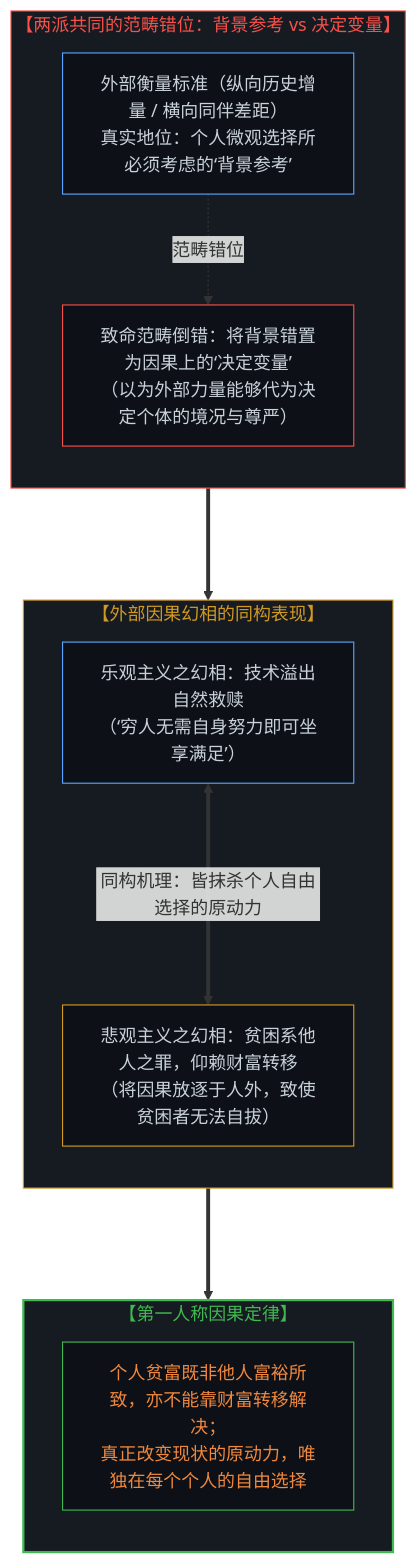
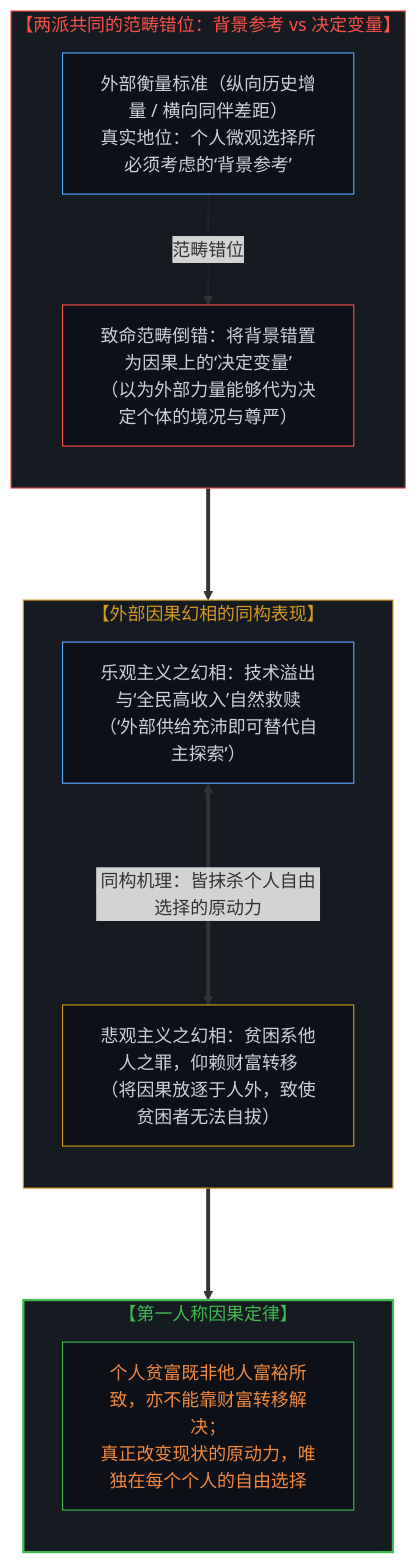
One commit to powerpig99/not-a-toe changed the third of 8 diagrams in content/posts/the-balcony-disciplinary-overstep-and-the-unproxyable-act.md. Above: the diagram before and after it, drawn with Mermaid. The commit also changed other lines of this file and 3 other files, not shown here.

````diff
--- a/content/posts/the-balcony-disciplinary-overstep-and-the-unproxyable-act.md
+++ b/content/posts/the-balcony-disciplinary-overstep-and-the-unproxyable-act.md
@@ -113,33 +117,33 @@
 ```mermaid
 graph TD
     subgraph Shared_Error["【两派共同的范畴错位：背景参考 vs 决定变量】"]
         direction TB
         E1["外部衡量标准（纵向历史增量 / 横向同伴差距）<br/>真实地位：个人微观选择所必须考虑的‘背景参考’"]
         E2["致命范畴倒错：将背景错置为因果上的‘决定变量’<br/>（以为外部力量能够代为决定个体的境况与尊严）"]
         E1 -.->|"范畴错位"| E2
     end
 
     subgraph Two_Illusions["【外部因果幻相的同构表现】"]
         direction TB
-        I_Opt["乐观主义之幻相：技术溢出自然救赎<br/>（‘穷人无需自身努力即可坐享满足’）"]
+        I_Opt["乐观主义之幻相：技术溢出与‘全民高收入’自然救赎<br/>（‘外部供给充沛即可替代自主探索’）"]
         I_Pess["悲观主义之幻相：贫困系他人之罪，仰赖财富转移<br/>（将因果放逐于人外，致使贫困者无法自拔）"]
         I_Opt <===>|"同构机理：皆抹杀个人自由选择的原动力"| I_Pess
     end
 
     subgraph Sovereign_Truth["【第一人称因果定律】"]
         direction TB
         ST["个人贫富既非他人富裕所致，亦不能靠财富转移解决；<br/>真正改变现状的原动力，唯独在每个个人的自由选择"]
     end
 
     Shared_Error ===> Two_Illusions
     Two_Illusions ===> Sovereign_Truth
 
     style Shared_Error fill:#161b22,stroke:#f85149,stroke-width:1px,color:#f85149
     style Two_Illusions fill:#161b22,stroke:#d29922,stroke-width:1px,color:#d29922
     style Sovereign_Truth fill:#161b22,stroke:#3fb950,stroke-width:2px,color:#3fb950
     style E1 fill:#0d1117,stroke:#58a6ff,stroke-width:1px,color:#c9d1d9
     style E2 fill:#0d1117,stroke:#f85149,stroke-width:1px,color:#c9d1d9
     style I_Opt fill:#0d1117,stroke:#58a6ff,stroke-width:1px,color:#c9d1d9
     style I_Pess fill:#0d1117,stroke:#d29922,stroke-width:1px,color:#c9d1d9
     style ST fill:#0d1117,stroke:#3fb950,stroke-width:1px,color:#f0883e
 ```
````
